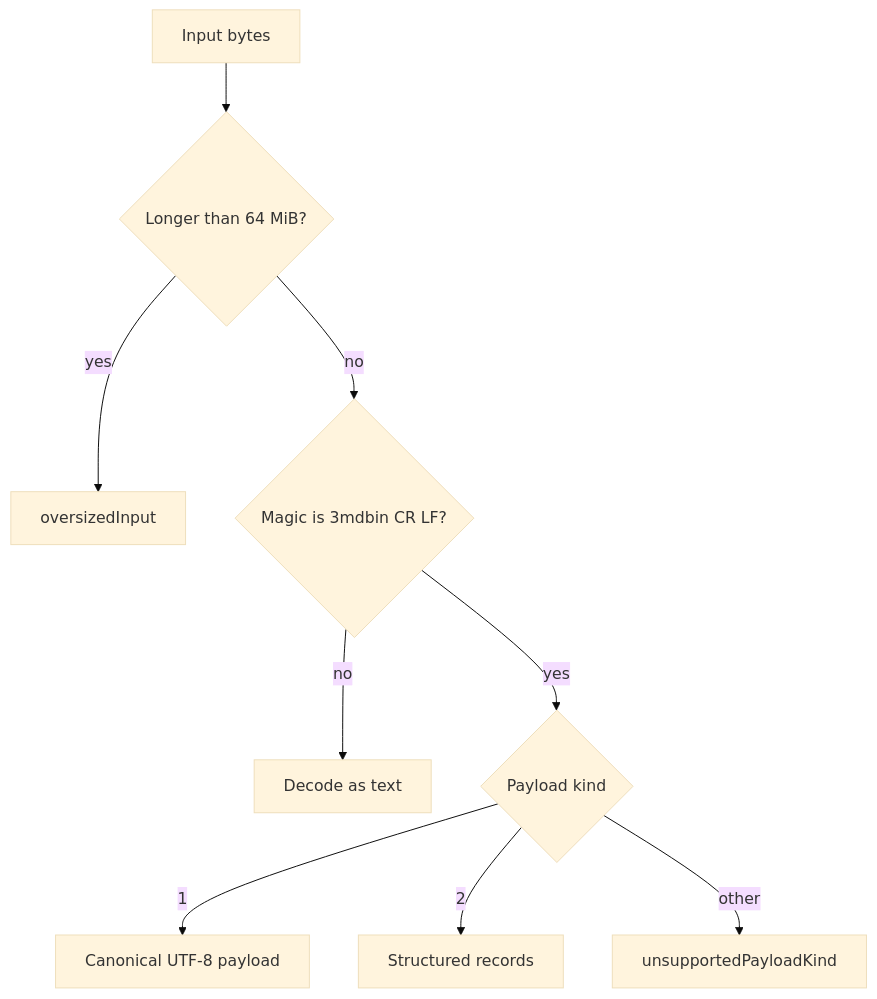
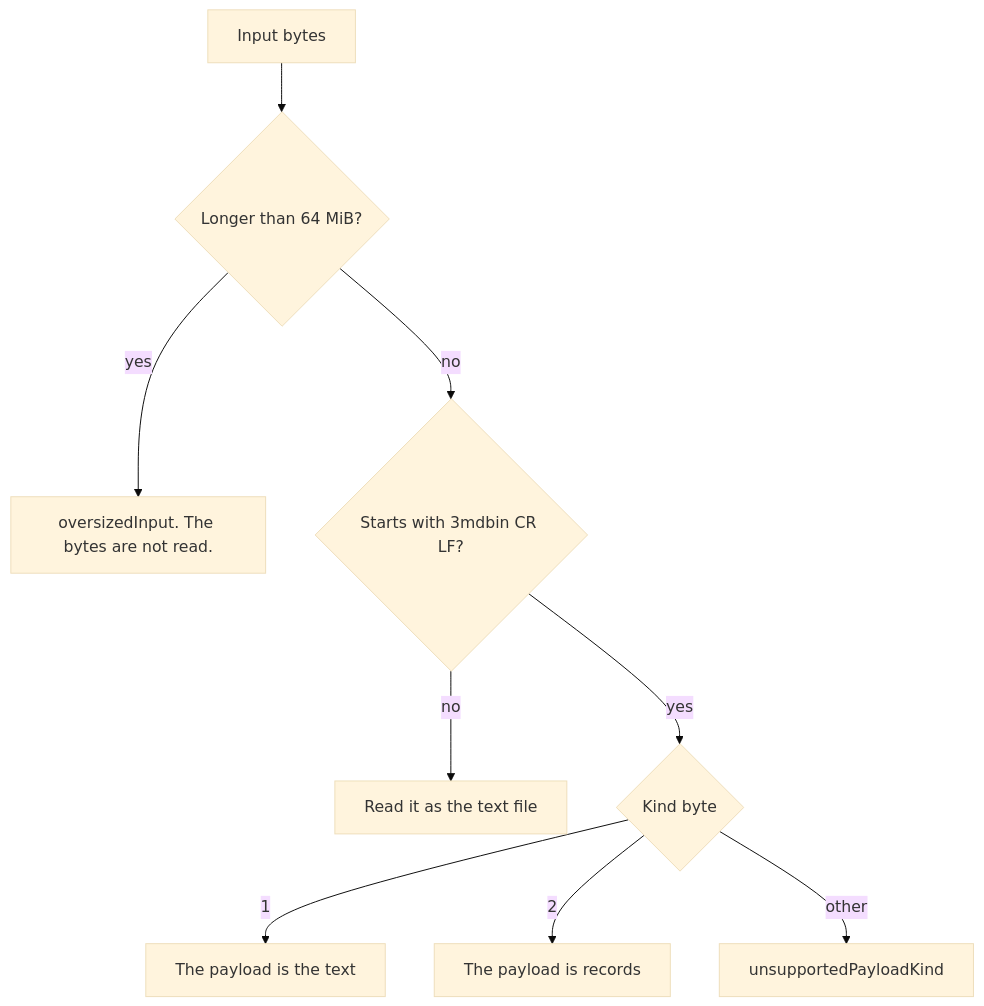
Before and after one commit to CorvidLabs/3md: the second of 2 diagrams in README.md, drawn with Mermaid (base theme). The commit also changed other lines of this file and 10 other files, not shown here.

First line of the commit message:
Fix: explain the README charts in plain language

````diff
--- a/README.md
+++ b/README.md
@@ -115,11 +140,11 @@
 ```mermaid
 flowchart TD
   bytes[Input bytes] --> length{Longer than 64 MiB?}
-  length -->|yes| refused[oversizedInput]
-  length -->|no| magic{Magic is 3mdbin CR LF?}
-  magic -->|no| asText[Decode as text]
-  magic -->|yes| kind{Payload kind}
-  kind -->|1| asKind1[Canonical UTF-8 payload]
-  kind -->|2| asKind2[Structured records]
+  length -->|yes| refused["oversizedInput. The bytes are not read."]
+  length -->|no| magic{Starts with 3mdbin CR LF?}
+  magic -->|no| asText[Read it as the text file]
+  magic -->|yes| kind{Kind byte}
+  kind -->|1| asKind1[The payload is the text]
+  kind -->|2| asKind2[The payload is records]
   kind -->|other| bad[unsupportedPayloadKind]
 ```
````
